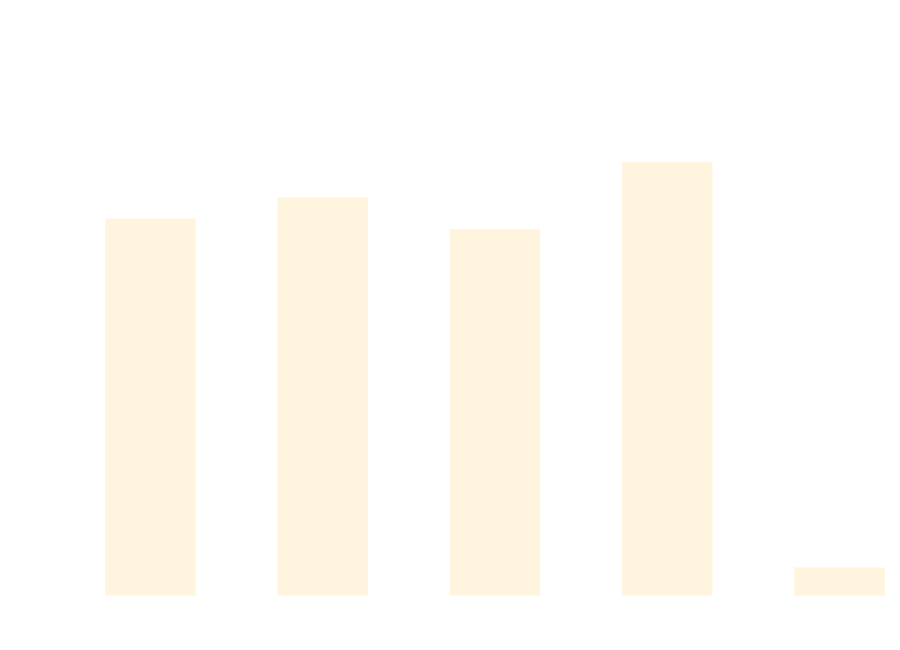
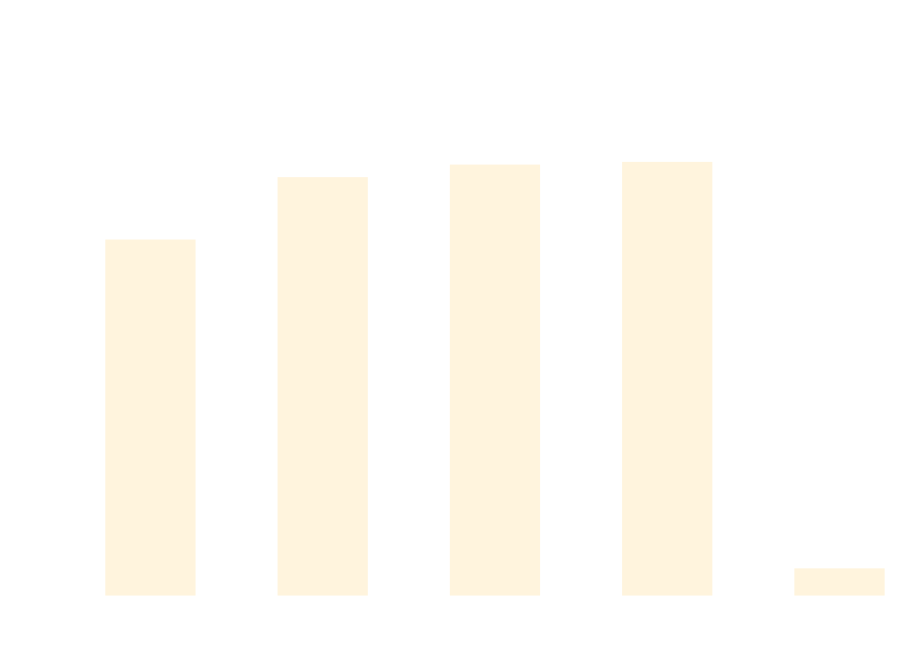
The diagram in docs/docs/benchmarks/DataDrivenTests.md (thomhurst/TUnit), drawn with Mermaid before and after one commit. The commit also changed other lines of this file and 17 other files, not shown here.

````diff
--- a/docs/docs/benchmarks/DataDrivenTests.md
+++ b/docs/docs/benchmarks/DataDrivenTests.md
@@ -27,37 +27,37 @@
 ```mermaid
 %%{init: {
   'theme':'base',
   'themeVariables': {
     'primaryColor': '#2563eb',
     'primaryTextColor': '#ffffff',
     'primaryBorderColor': '#1e40af',
     'lineColor': '#6b7280',
     'secondaryColor': '#7c3aed',
     'tertiaryColor': '#dc2626',
     'background': '#ffffff',
     'mainBkg': '#2563eb',
     'secondBkg': '#7c3aed',
     'tertiaryBkg': '#dc2626',
     'clusterBkg': '#f3f4f6',
     'edgeLabelBackground': '#ffffff',
     'tertiaryTextColor': '#1f2937',
     'pie1': '#2563eb',
     'pie2': '#7c3aed',
     'pie3': '#dc2626',
     'pie4': '#f59e0b',
     'pie5': '#10b981',
     'pie6': '#06b6d4',
     'pie7': '#ec4899',
     'pie8': '#6366f1',
     'pie9': '#84cc16',
     'pie10': '#f97316',
     'pie11': '#14b8a6',
     'pie12': '#a855f7'
   }
 }}%%
 xychart-beta
   title "DataDrivenTests Performance Comparison"
   x-axis ["TUnit", "NUnit", "MSTest", "xUnit3", "TUnit_AOT"]
-  y-axis "Time (ms)" 0 --> 689
-  bar [497.25, 526.05, 482.94, 573.56, 24.7]
+  y-axis "Time (ms)" 0 --> 737
+  bar [501.55, 591.92, 610.13, 614.04, 25.21]
 ```
````
